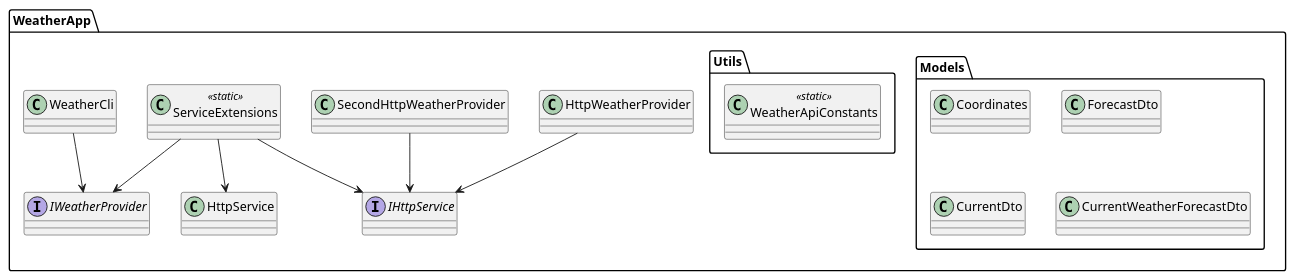
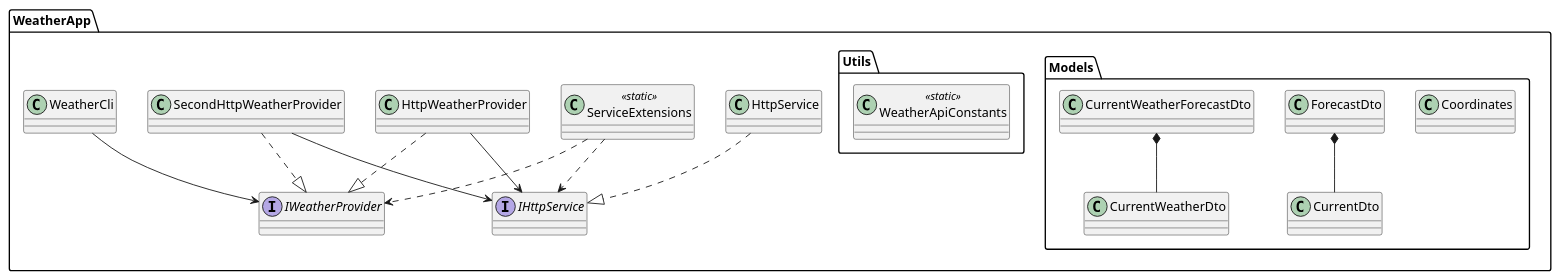
One commit to drccastillo/csharp-course changed the diagram in DependencyInversion/uml/diagram.puml. Above: the diagram before and after it, drawn with PlantUML. The commit also changed 35 other files, not shown here.

```diff
--- a/DependencyInversion/uml/diagram.puml
+++ b/DependencyInversion/uml/diagram.puml
@@ -1,28 +1,42 @@
 @startuml
+' Dependency Inversion Principle - UML Class Diagram
+
 package "WeatherApp" {
   interface IHttpService
   interface IWeatherProvider
   class HttpService
   class HttpWeatherProvider
   class SecondHttpWeatherProvider
   class WeatherCli
   class ServiceExtensions <<static>>
 }
+
 package "WeatherApp.Models" {
   class Coordinates
   class ForecastDto
   class CurrentDto
   class CurrentWeatherForecastDto
+  class CurrentWeatherDto
 }
+
 package "WeatherApp.Utils" {
   class WeatherApiConstants <<static>>
 }
 
-WeatherCli --> IWeatherProvider
+' Implementations
+HttpService ..|> IHttpService
+HttpWeatherProvider ..|> IWeatherProvider
+SecondHttpWeatherProvider ..|> IWeatherProvider
+
+' Dependencies
 HttpWeatherProvider --> IHttpService
 SecondHttpWeatherProvider --> IHttpService
-ServiceExtensions --> IHttpService
-ServiceExtensions --> HttpService
-ServiceExtensions --> IWeatherProvider
+WeatherCli --> IWeatherProvider
+ServiceExtensions ..> IHttpService
+ServiceExtensions ..> IWeatherProvider
+
+' Model relationships
+ForecastDto *-- CurrentDto
+CurrentWeatherForecastDto *-- CurrentWeatherDto
 
 @enduml
```
